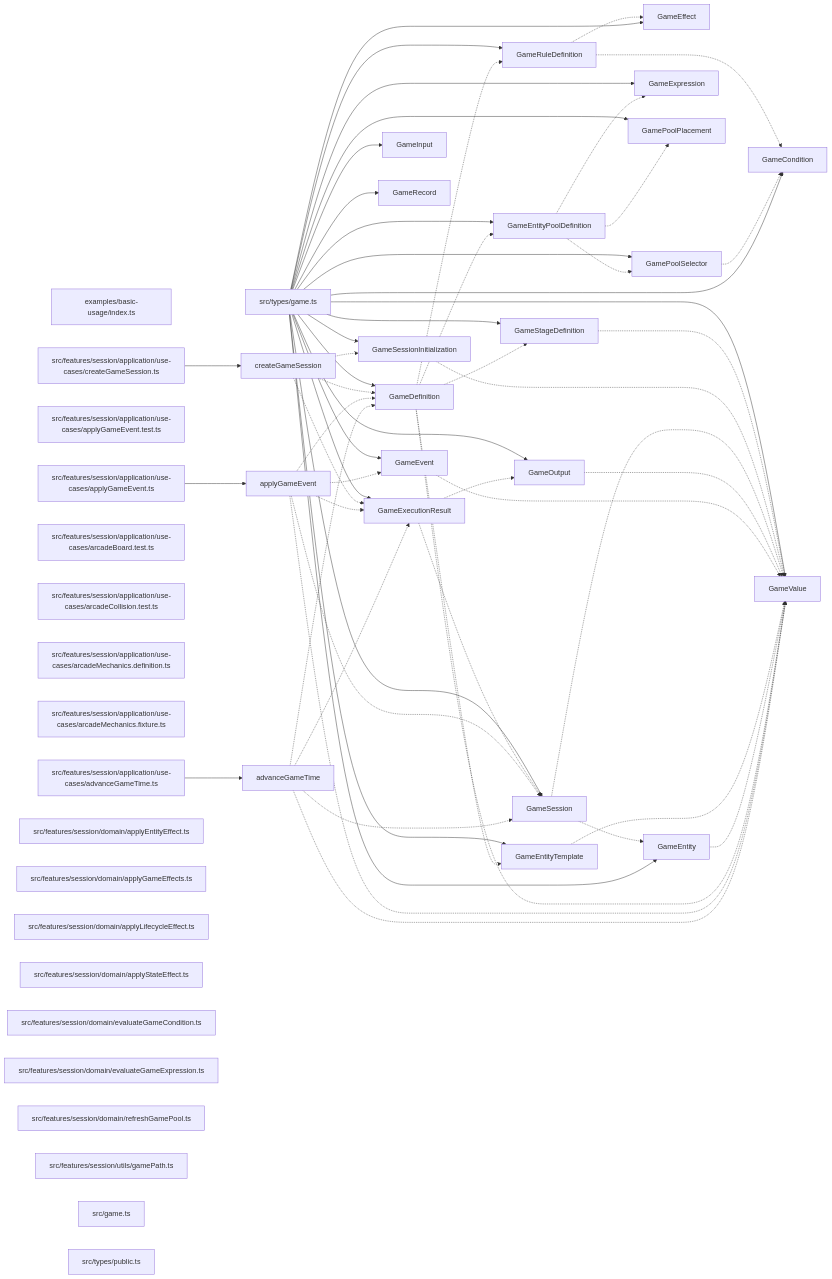
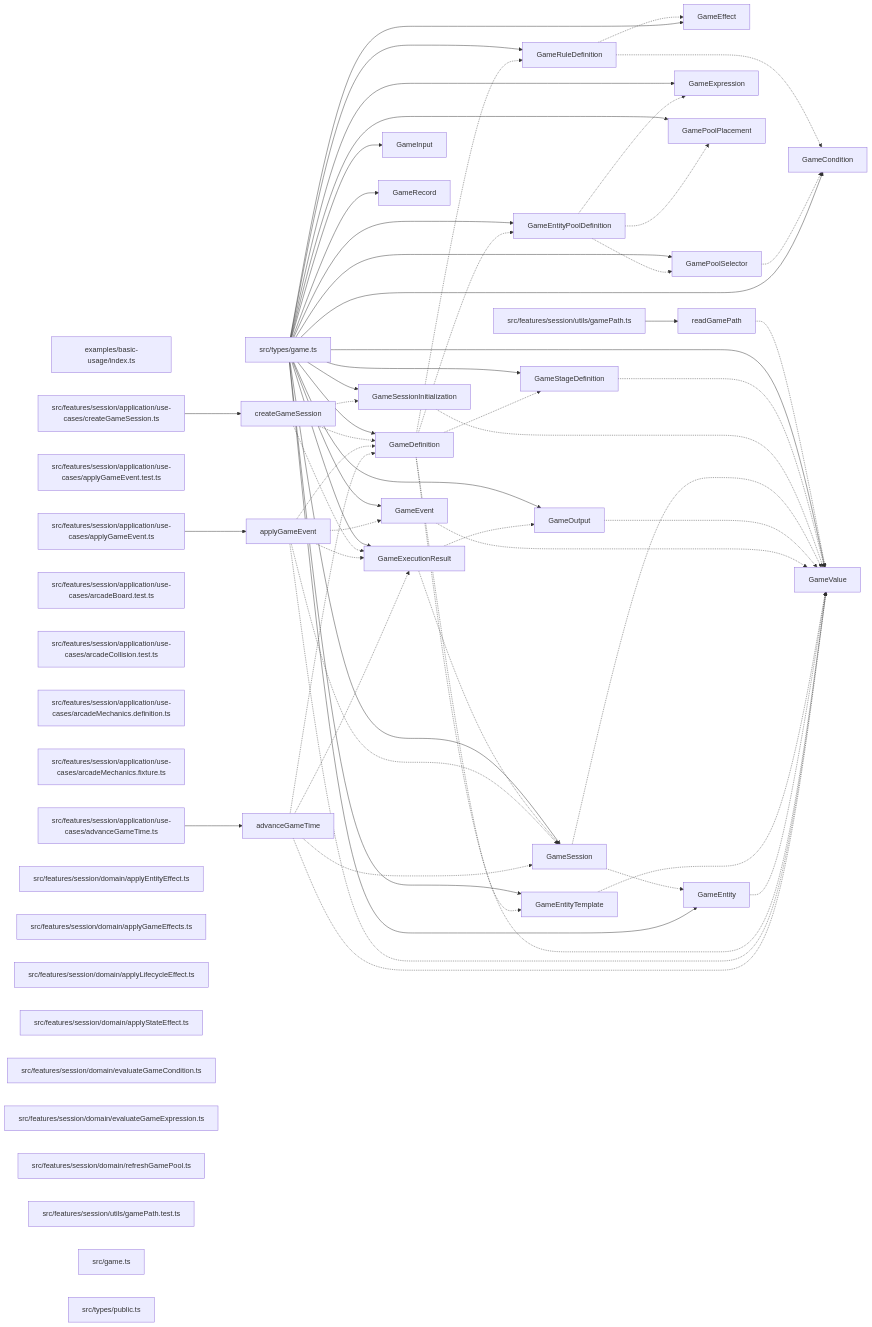
One commit to ankhorage/game changed the diagram in paradox/diagrams/export-graph.mmd. Above: the diagram before and after it, drawn with Mermaid. The commit also changed 11 other files, not shown here.

```diff
--- a/paradox/diagrams/export-graph.mmd
+++ b/paradox/diagrams/export-graph.mmd
@@ -1,98 +1,102 @@
 graph LR
   module_examples_basic_usage_index_ts["examples/basic-usage/index.ts"]
   module_src_features_session_application_use_cases_advanceGameTime_ts["src/features/session/application/use-cases/advanceGameTime.ts"]
   module_src_features_session_application_use_cases_applyGameEvent_test_ts["src/features/session/application/use-cases/applyGameEvent.test.ts"]
   module_src_features_session_application_use_cases_applyGameEvent_ts["src/features/session/application/use-cases/applyGameEvent.ts"]
   module_src_features_session_application_use_cases_arcadeBoard_test_ts["src/features/session/application/use-cases/arcadeBoard.test.ts"]
   module_src_features_session_application_use_cases_arcadeCollision_test_ts["src/features/session/application/use-cases/arcadeCollision.test.ts"]
   module_src_features_session_application_use_cases_arcadeMechanics_definition_ts["src/features/session/application/use-cases/arcadeMechanics.definition.ts"]
   module_src_features_session_application_use_cases_arcadeMechanics_fixture_ts["src/features/session/application/use-cases/arcadeMechanics.fixture.ts"]
   module_src_features_session_application_use_cases_createGameSession_ts["src/features/session/application/use-cases/createGameSession.ts"]
   module_src_features_session_domain_applyEntityEffect_ts["src/features/session/domain/applyEntityEffect.ts"]
   module_src_features_session_domain_applyGameEffects_ts["src/features/session/domain/applyGameEffects.ts"]
   module_src_features_session_domain_applyLifecycleEffect_ts["src/features/session/domain/applyLifecycleEffect.ts"]
   module_src_features_session_domain_applyStateEffect_ts["src/features/session/domain/applyStateEffect.ts"]
   module_src_features_session_domain_evaluateGameCondition_ts["src/features/session/domain/evaluateGameCondition.ts"]
   module_src_features_session_domain_evaluateGameExpression_ts["src/features/session/domain/evaluateGameExpression.ts"]
   module_src_features_session_domain_refreshGamePool_ts["src/features/session/domain/refreshGamePool.ts"]
+  module_src_features_session_utils_gamePath_test_ts["src/features/session/utils/gamePath.test.ts"]
   module_src_features_session_utils_gamePath_ts["src/features/session/utils/gamePath.ts"]
   module_src_game_ts["src/game.ts"]
   module_src_types_game_ts["src/types/game.ts"]
   module_src_types_public_ts["src/types/public.ts"]
   export_advanceGameTime["advanceGameTime"]
   module_src_features_session_application_use_cases_advanceGameTime_ts --> export_advanceGameTime
   export_advanceGameTime -.-> export_GameDefinition
   export_advanceGameTime -.-> export_GameExecutionResult
   export_advanceGameTime -.-> export_GameSession
   export_advanceGameTime -.-> export_GameValue
   export_applyGameEvent["applyGameEvent"]
   module_src_features_session_application_use_cases_applyGameEvent_ts --> export_applyGameEvent
   export_applyGameEvent -.-> export_GameDefinition
   export_applyGameEvent -.-> export_GameEvent
   export_applyGameEvent -.-> export_GameExecutionResult
   export_applyGameEvent -.-> export_GameSession
   export_applyGameEvent -.-> export_GameValue
   export_createGameSession["createGameSession"]
   module_src_features_session_application_use_cases_createGameSession_ts --> export_createGameSession
   export_createGameSession -.-> export_GameDefinition
   export_createGameSession -.-> export_GameExecutionResult
   export_createGameSession -.-> export_GameSessionInitialization
   export_GameCondition["GameCondition"]
   module_src_types_game_ts --> export_GameCondition
   export_GameDefinition["GameDefinition"]
   module_src_types_game_ts --> export_GameDefinition
   export_GameDefinition -.-> export_GameEntityPoolDefinition
   export_GameDefinition -.-> export_GameEntityTemplate
   export_GameDefinition -.-> export_GameRuleDefinition
   export_GameDefinition -.-> export_GameStageDefinition
   export_GameDefinition -.-> export_GameValue
   export_GameEffect["GameEffect"]
   module_src_types_game_ts --> export_GameEffect
   export_GameEntity["GameEntity"]
   module_src_types_game_ts --> export_GameEntity
   export_GameEntity -.-> export_GameValue
   export_GameEntityPoolDefinition["GameEntityPoolDefinition"]
   module_src_types_game_ts --> export_GameEntityPoolDefinition
   export_GameEntityPoolDefinition -.-> export_GameExpression
   export_GameEntityPoolDefinition -.-> export_GamePoolPlacement
   export_GameEntityPoolDefinition -.-> export_GamePoolSelector
   export_GameEntityTemplate["GameEntityTemplate"]
   module_src_types_game_ts --> export_GameEntityTemplate
   export_GameEntityTemplate -.-> export_GameValue
   export_GameEvent["GameEvent"]
   module_src_types_game_ts --> export_GameEvent
   export_GameEvent -.-> export_GameValue
   export_GameExecutionResult["GameExecutionResult"]
   module_src_types_game_ts --> export_GameExecutionResult
   export_GameExecutionResult -.-> export_GameOutput
   export_GameExecutionResult -.-> export_GameSession
   export_GameExpression["GameExpression"]
   module_src_types_game_ts --> export_GameExpression
   export_GameInput["GameInput"]
   module_src_types_game_ts --> export_GameInput
   export_GameOutput["GameOutput"]
   module_src_types_game_ts --> export_GameOutput
   export_GameOutput -.-> export_GameValue
   export_GamePoolPlacement["GamePoolPlacement"]
   module_src_types_game_ts --> export_GamePoolPlacement
   export_GamePoolSelector["GamePoolSelector"]
   module_src_types_game_ts --> export_GamePoolSelector
   export_GamePoolSelector -.-> export_GameCondition
   export_GameRecord["GameRecord"]
   module_src_types_game_ts --> export_GameRecord
   export_GameRuleDefinition["GameRuleDefinition"]
   module_src_types_game_ts --> export_GameRuleDefinition
   export_GameRuleDefinition -.-> export_GameCondition
   export_GameRuleDefinition -.-> export_GameEffect
   export_GameSession["GameSession"]
   module_src_types_game_ts --> export_GameSession
   export_GameSession -.-> export_GameEntity
   export_GameSession -.-> export_GameValue
   export_GameSessionInitialization["GameSessionInitialization"]
   module_src_types_game_ts --> export_GameSessionInitialization
   export_GameSessionInitialization -.-> export_GameValue
   export_GameStageDefinition["GameStageDefinition"]
   module_src_types_game_ts --> export_GameStageDefinition
   export_GameStageDefinition -.-> export_GameValue
   export_GameValue["GameValue"]
   module_src_types_game_ts --> export_GameValue
+  export_readGamePath["readGamePath"]
+  module_src_features_session_utils_gamePath_ts --> export_readGamePath
+  export_readGamePath -.-> export_GameValue
```
